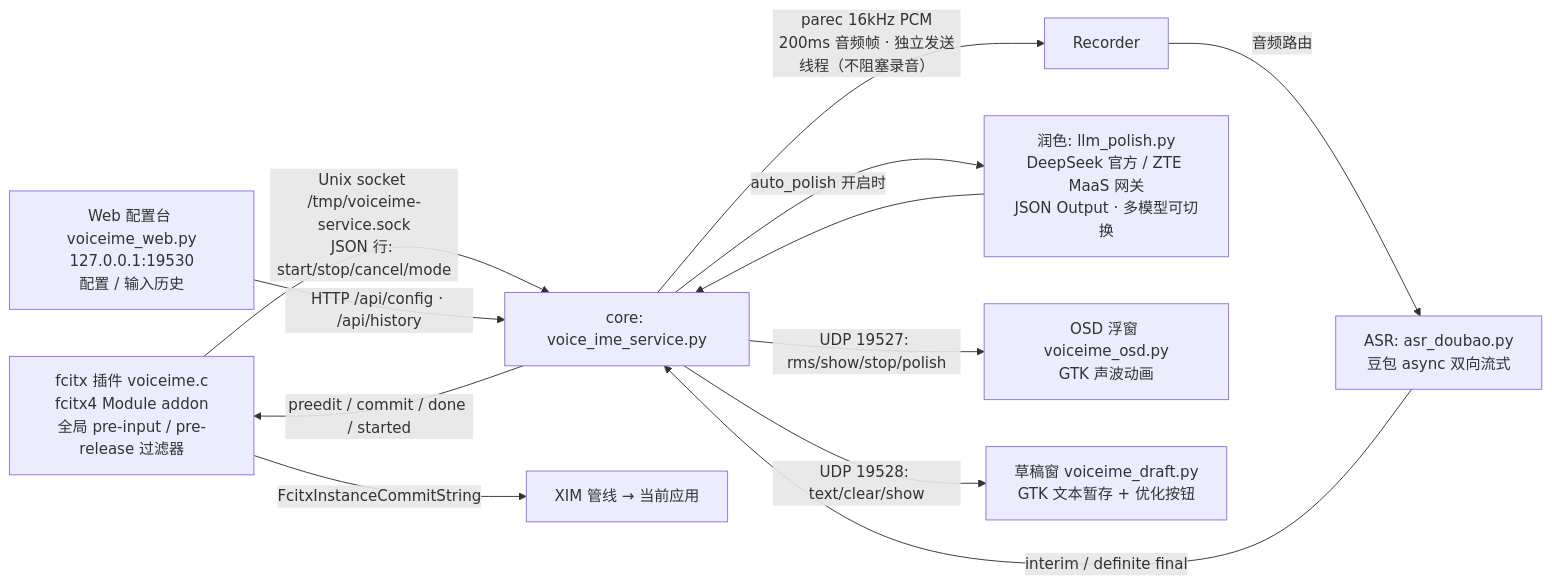
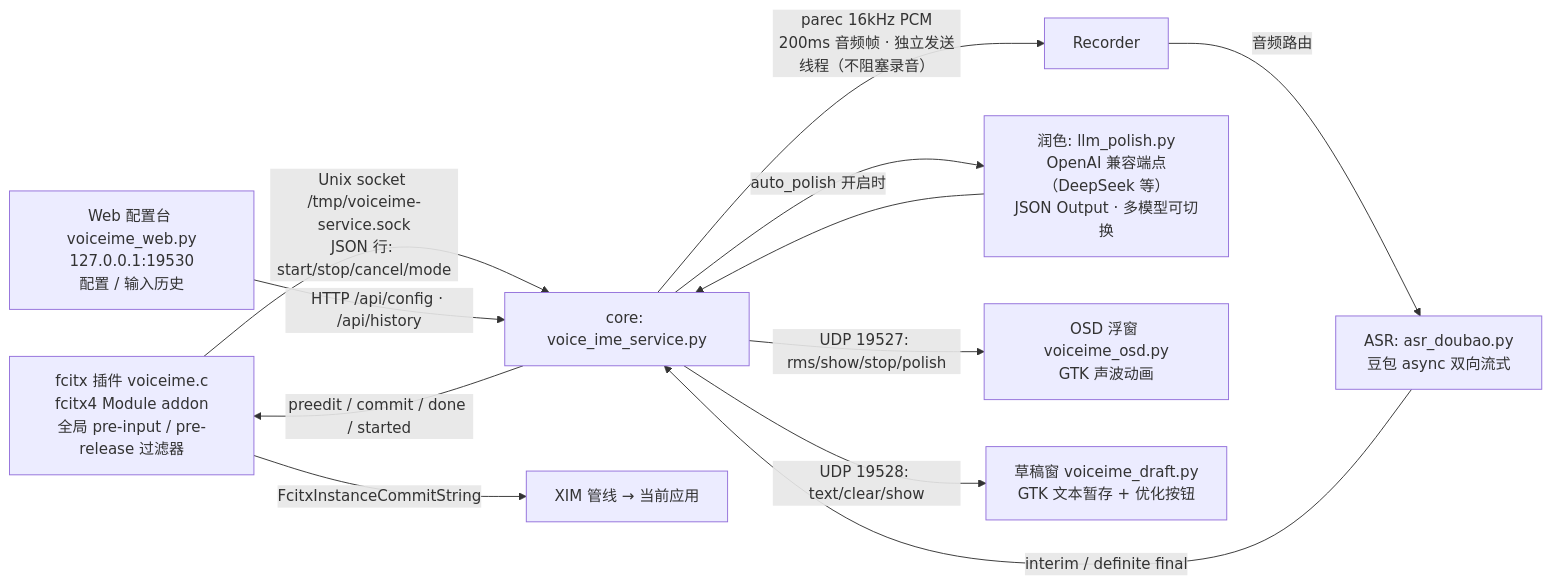
Before and after one commit to lzyyzznl/voice-ime: the first of 2 diagrams in README.md, drawn with Mermaid. The commit also changed other lines of this file and 3 other files, not shown here.

````diff
--- a/README.md
+++ b/README.md
@@ -15,14 +15,14 @@
 ```mermaid
 flowchart LR
     E[fcitx 插件 voiceime.c<br/>fcitx4 Module addon<br/>全局 pre-input / pre-release 过滤器] -->|"Unix socket /tmp/voiceime-service.sock<br/>JSON 行: start/stop/cancel/mode"| S[core: voice_ime_service.py]
     S -->|"parec 16kHz PCM<br/>200ms 音频帧 · 独立发送线程（不阻塞录音）"| R[Recorder]
     R -->|"音频路由"| A[ASR: asr_doubao.py<br/>豆包 async 双向流式]
     A -->|"interim / definite final"| S
-    S -->|"auto_polish 开启时"| L[润色: llm_polish.py<br/>DeepSeek 官方 / ZTE MaaS 网关<br/>JSON Output · 多模型可切换]
+    S -->|"auto_polish 开启时"| L[润色: llm_polish.py<br/>OpenAI 兼容端点（DeepSeek 等）<br/>JSON Output · 多模型可切换]
     L --> S
     S -->|"preedit / commit / done / started"| E
     S -->|"UDP 19527: rms/show/stop/polish"| O[OSD 浮窗 voiceime_osd.py<br/>GTK 声波动画]
     S -->|"UDP 19528: text/clear/show"| D[草稿窗 voiceime_draft.py<br/>GTK 文本暂存 + 优化按钮]
     W[Web 配置台 voiceime_web.py<br/>127.0.0.1:19530<br/>配置 / 输入历史] -->|"HTTP /api/config · /api/history"| S
     E -->|"FcitxInstanceCommitString"| X[XIM 管线 → 当前应用]
 ```
````
